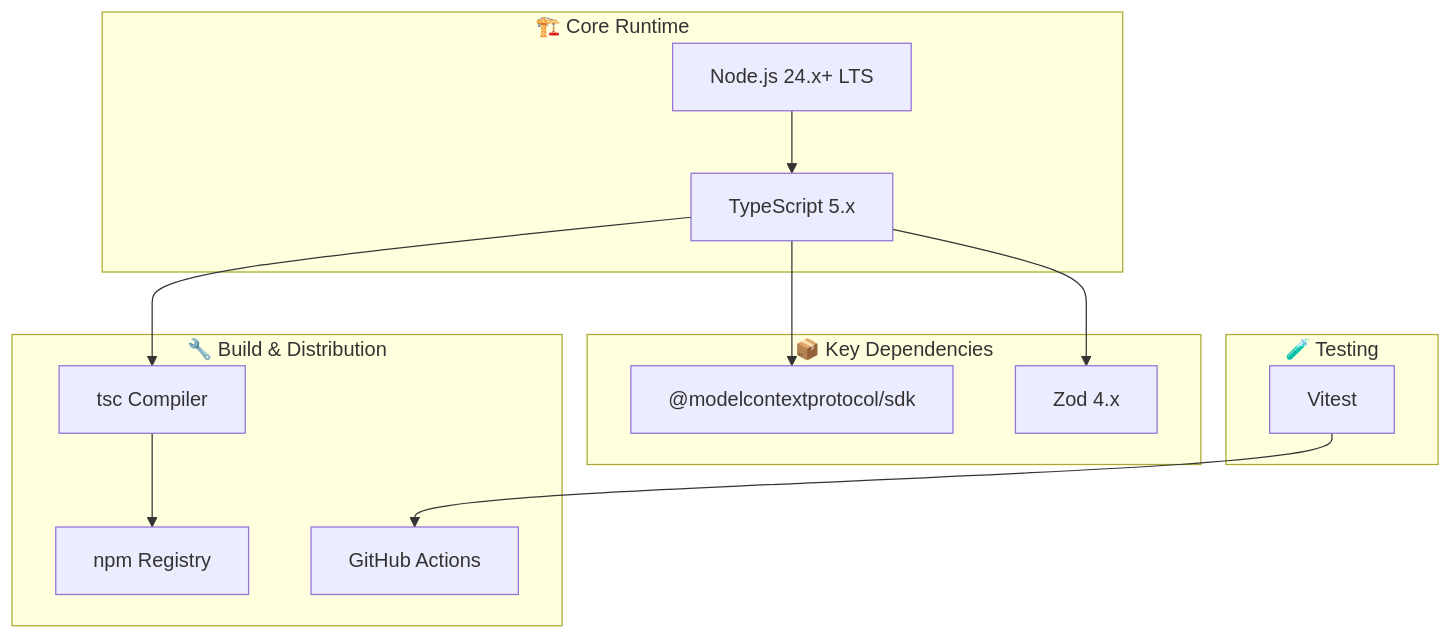
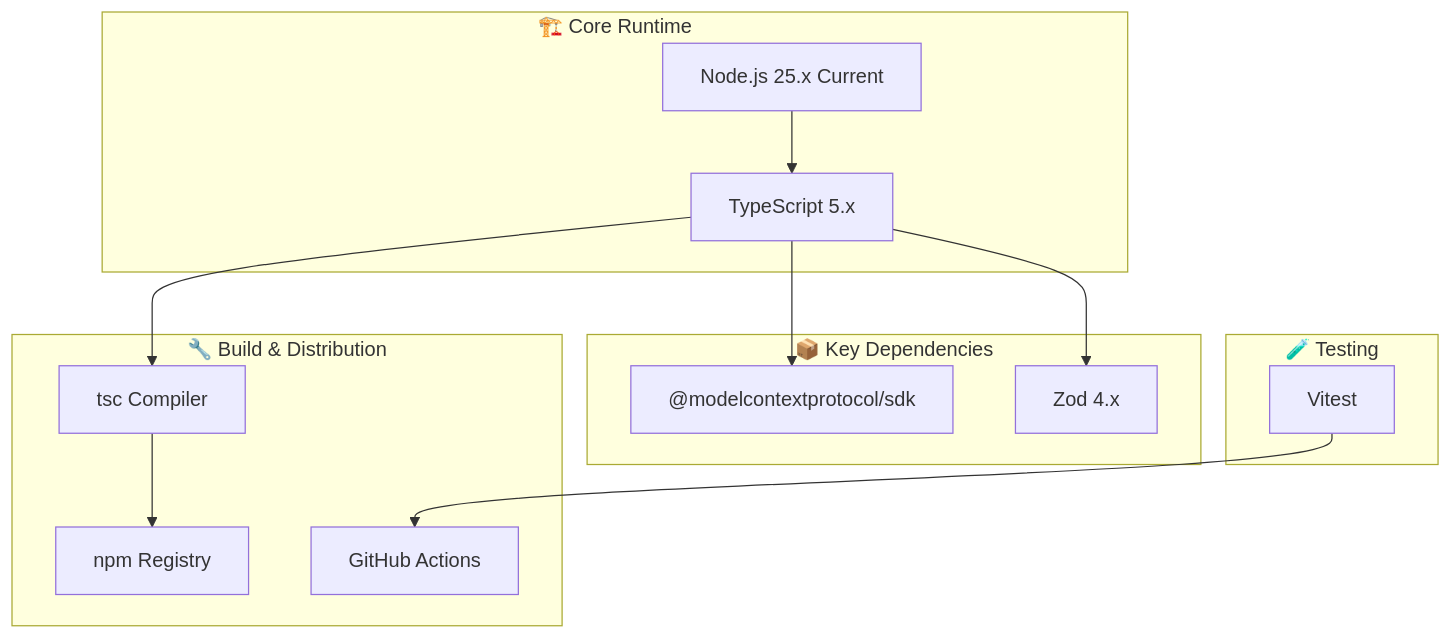
The first of 2 diagrams in End-of-Life-Strategy.md (Hack23/European-Parliament-MCP-Server), drawn with Mermaid before and after one commit. The commit also changed other lines of this file and 40 other files, not shown here.

````diff
--- a/End-of-Life-Strategy.md
+++ b/End-of-Life-Strategy.md
@@ -64,23 +64,23 @@
 ```mermaid
 graph TB
     subgraph "🏗️ Core Runtime"
-        NODE[Node.js 24.x+ LTS]
+        NODE[Node.js 25.x Current]
         TS[TypeScript 5.x]
     end
     subgraph "📦 Key Dependencies"
         MCP["@modelcontextprotocol/sdk"]
         ZOD[Zod 4.x]
     end
     subgraph "🧪 Testing"
         VIT[Vitest]
     end
     subgraph "🔧 Build & Distribution"
         NPM[npm Registry]
         GHA[GitHub Actions]
         TSC[tsc Compiler]
     end
 
     NODE --> TS --> MCP & ZOD
     TS --> TSC --> NPM
     VIT --> GHA
 ```
````
